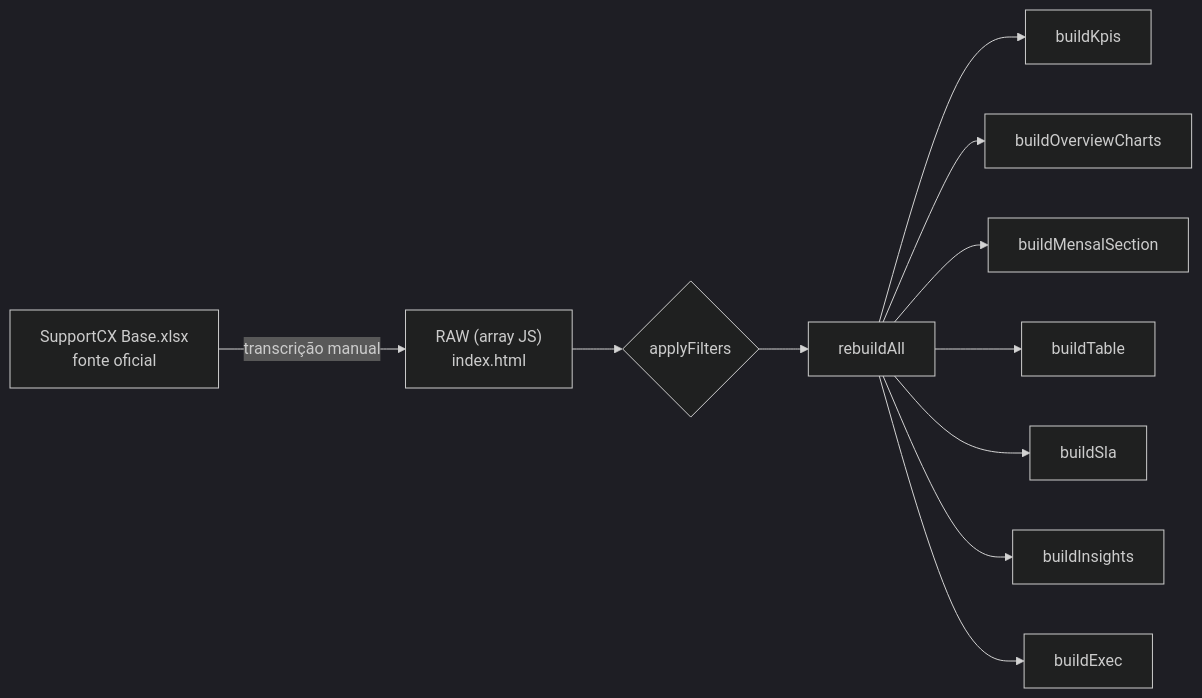
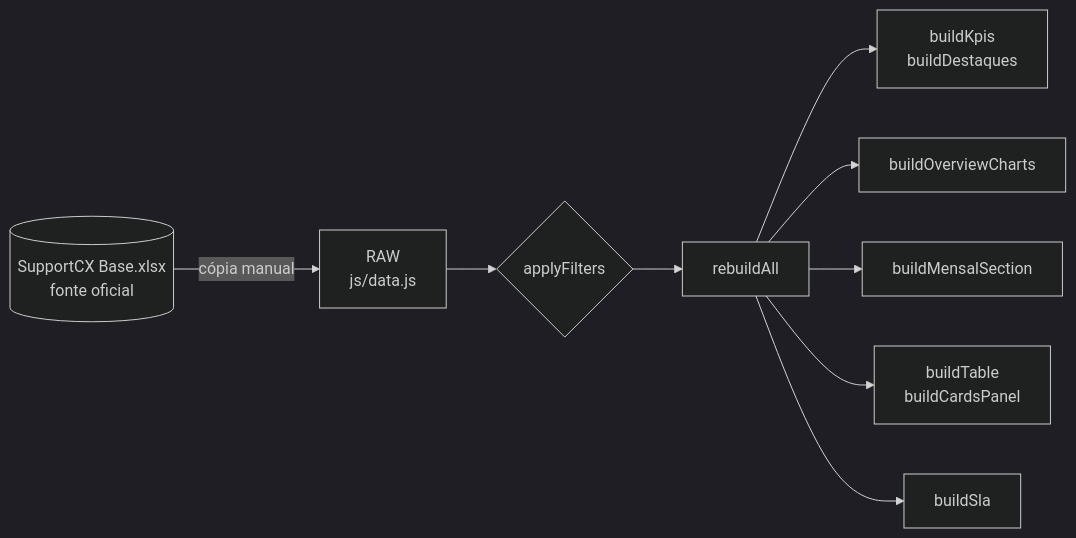
The second of 3 diagrams in README.md (Chris-CRA/cx-dashboard), drawn with Mermaid (dark theme) before and after one commit. The commit also changed other lines of this file, not shown here.

````diff
--- a/README.md
+++ b/README.md
@@ -74,13 +99,11 @@
 ```mermaid
 flowchart LR
-    A[SupportCX Base.xlsx\nfonte oficial] -->|transcrição manual| B["RAW (array JS)\nindex.html"]
-    B --> C{applyFilters}
-    C --> D[rebuildAll]
-    D --> E1[buildKpis]
-    D --> E2[buildOverviewCharts]
-    D --> E3[buildMensalSection]
-    D --> E4[buildTable]
-    D --> E5[buildSla]
-    D --> E6[buildInsights]
-    D --> E7[buildExec]
+    X[("SupportCX Base.xlsx<br/>fonte oficial")] -->|cópia manual| R["RAW<br/>js/data.js"]
+    R --> F{applyFilters}
+    F --> RB[rebuildAll]
+    RB --> K["buildKpis<br/>buildDestaques"]
+    RB --> O[buildOverviewCharts]
+    RB --> M[buildMensalSection]
+    RB --> T["buildTable<br/>buildCardsPanel"]
+    RB --> SL[buildSla]
 ```
````
